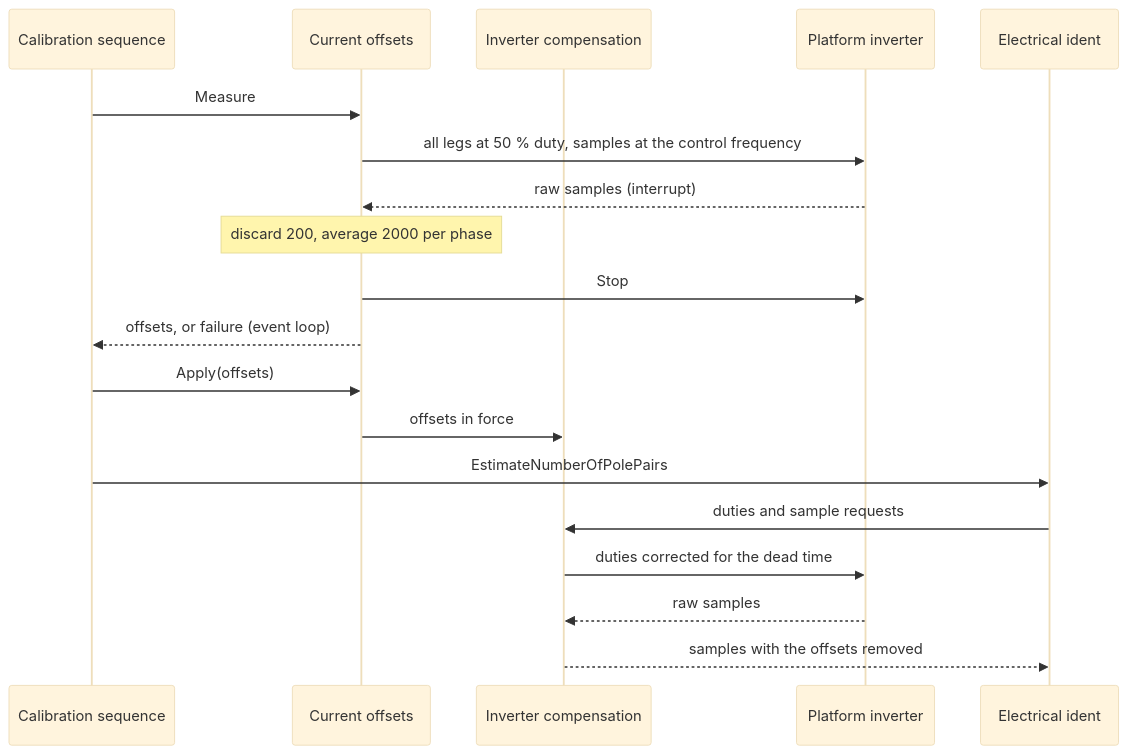
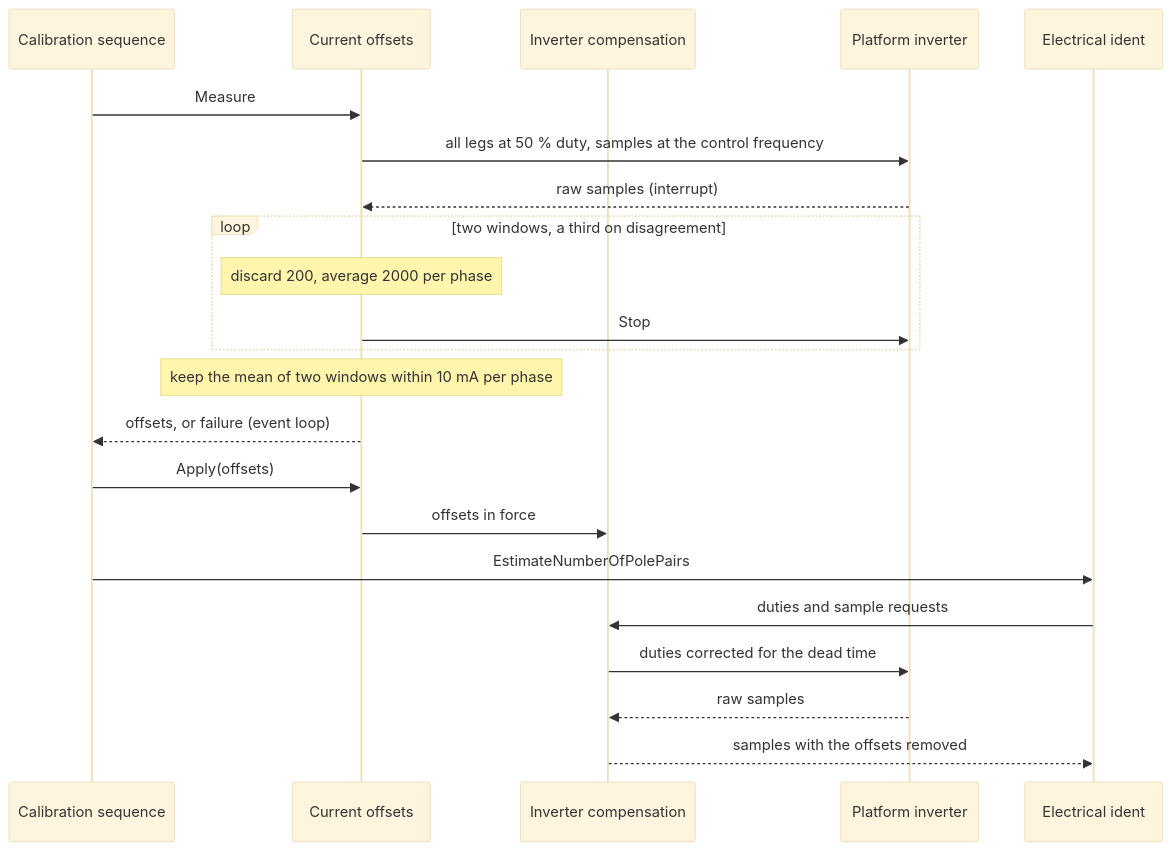
The diagram in documentation/design/service-current-offsets.md (embedded-pro/e-foc), drawn with Mermaid (base theme) before and after one commit. The commit also changed other lines of this file and 11 other files, not shown here.

````diff
--- a/documentation/design/service-current-offsets.md
+++ b/documentation/design/service-current-offsets.md
@@ -108,22 +122,25 @@
 ```mermaid
 sequenceDiagram
     participant SM as Calibration sequence
     participant CO as Current offsets
     participant IC as Inverter compensation
     participant INV as Platform inverter
     participant EI as Electrical ident
 
     SM->>CO: Measure
     CO->>INV: all legs at 50 % duty, samples at the control frequency
     INV-->>CO: raw samples (interrupt)
-    note over CO: discard 200, average 2000 per phase
-    CO->>INV: Stop
+    loop two windows, a third on disagreement
+        note over CO: discard 200, average 2000 per phase
+        CO->>INV: Stop
+    end
+    note over CO: keep the mean of two windows within 10 mA per phase
     CO-->>SM: offsets, or failure (event loop)
     SM->>CO: Apply(offsets)
     CO->>IC: offsets in force
     SM->>EI: EstimateNumberOfPolePairs
     EI->>IC: duties and sample requests
     IC->>INV: duties corrected for the dead time
     INV-->>IC: raw samples
     IC-->>EI: samples with the offsets removed
 ```
````
